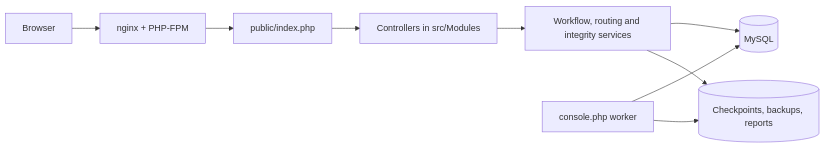
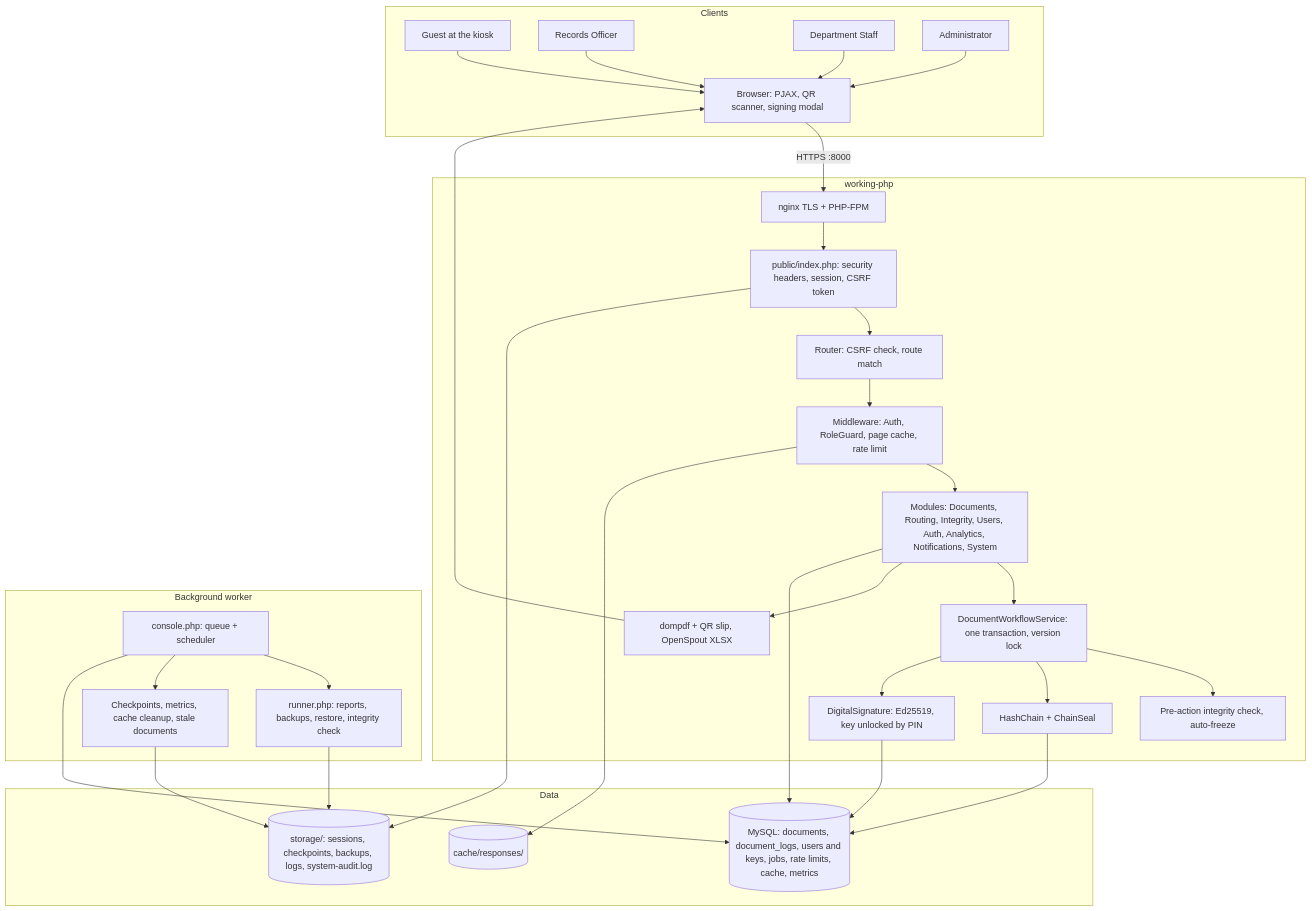
One commit to MirkoLouis/DTS-Prototype changed the diagram in README.md. Above: the diagram before and after it, drawn with Mermaid. The commit also changed other lines of this file and 1 other file, not shown here.

Commit message:
docs: show the full system architecture
- Replace the README diagram with one that covers clients, the request
  pipeline, modules, the workflow and integrity services, the worker and
  every data store
- Add working-php/documentation/ARCHITECTURE.md with diagrams for the
  request pipeline, document workflow, worker and scheduler, data stores,
  roles, frontend and deployment
- Drop Symfony Cache from the Tech Stack: nothing in the code uses it
- composer run dev starts no Tailwind watcher, and the worker only on Linux
- Remove "reports" from storage: the XLSX is streamed on download

````diff
--- a/README.md
+++ b/README.md
@@ -86,8 +86,34 @@
 ```mermaid
-flowchart LR
-  Browser --> Nginx[nginx + PHP-FPM] --> Router[public/index.php] --> Modules[Controllers in src/Modules]
-  Modules --> Services[Workflow, routing and integrity services] --> DB[(MySQL)]
-  Worker[console.php worker] --> DB
-  Worker --> Storage[(Checkpoints, backups, reports)]
-  Services --> Storage
+flowchart TB
+  subgraph Clients
+    Guest[Guest at the kiosk] & Officer[Records Officer] & Staff[Department Staff] & Admin[Administrator] --> Browser[Browser: PJAX, QR scanner, signing modal]
+  end
+  Browser -->|HTTPS :8000| Nginx[nginx TLS + PHP-FPM]
+  subgraph App[working-php]
+    Nginx --> Front[public/index.php: security headers, session, CSRF token]
+    Front --> Router[Router: CSRF check, route match]
+    Router --> MW[Middleware: Auth, RoleGuard, page cache, rate limit]
+    MW --> Modules[Modules: Documents, Routing, Integrity, Users, Auth, Analytics, Notifications, System]
+    Modules --> Workflow[DocumentWorkflowService: one transaction, version lock]
+    Workflow --> Integrity[Pre-action integrity check, auto-freeze]
+    Workflow --> Chain[HashChain + ChainSeal]
+    Workflow --> Sign[DigitalSignature: Ed25519, key unlocked by PIN]
+    Modules --> Exports[dompdf + QR slip, OpenSpout XLSX]
+  end
+  subgraph Worker[Background worker]
+    Console[console.php: queue + scheduler] --> Runner[runner.php: reports, backups, restore, integrity check]
+    Console --> Sched[Checkpoints, metrics, cache cleanup, stale documents]
+  end
+  subgraph Data
+    DB[(MySQL: documents, document_logs, users and keys, jobs, rate limits, cache, metrics)]
+    Files[(storage/: sessions, checkpoints, backups, logs, system-audit.log)]
+    PageCache[(cache/responses/)]
+  end
+  Modules --> DB
+  Chain & Sign --> DB
+  MW --> PageCache
+  Front --> Files
+  Console --> DB
+  Runner & Sched --> Files
+  Exports --> Browser
 ```
````
